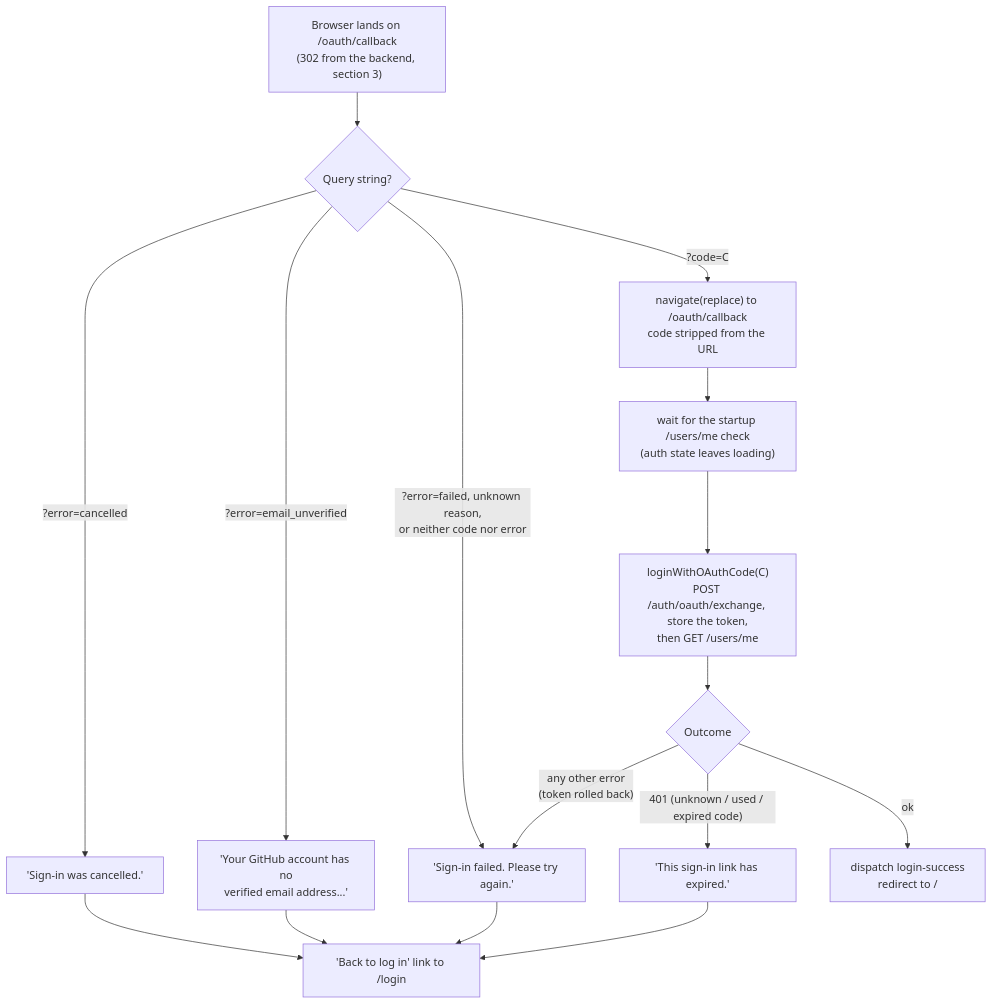
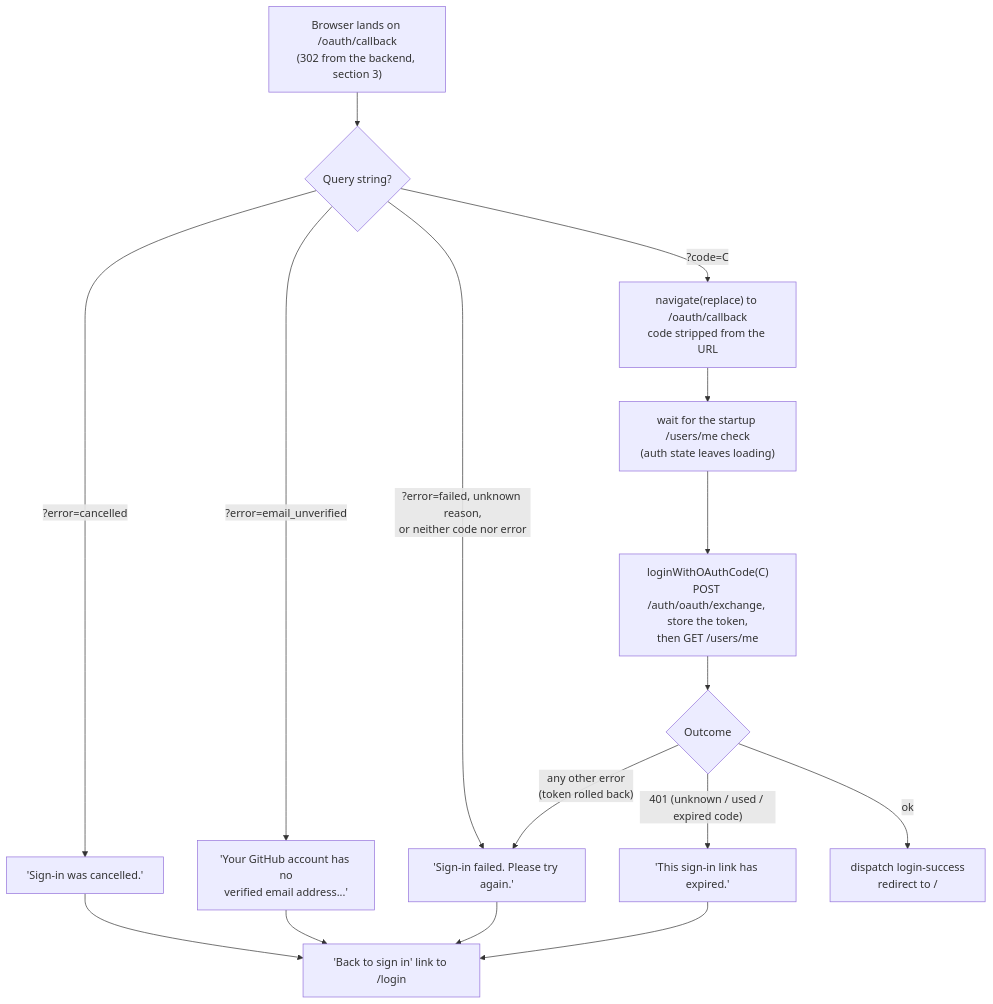
Before and after one commit to kidp8479/42_hypertube: the sixth of 8 diagrams in docs/diagrams/auth.md, drawn with Mermaid. The commit also changed other lines of this file and 12 other files, not shown here.

````diff
--- a/docs/diagrams/auth.md
+++ b/docs/diagrams/auth.md
@@ -151,18 +151,18 @@
 ```mermaid
 flowchart TD
     A["Browser lands on /oauth/callback<br/>(302 from the backend, section 3)"] --> B{"Query string?"}
     B -- "?error=cancelled" --> EC["'Sign-in was cancelled.'"]
     B -- "?error=email_unverified" --> EU["'Your GitHub account has no<br/>verified email address...'"]
     B -- "?error=failed, unknown reason,<br/>or neither code nor error" --> EF["'Sign-in failed. Please try again.'"]
     B -- "?code=C" --> S["navigate(replace) to /oauth/callback<br/>code stripped from the URL"]
     S --> W["wait for the startup /users/me check<br/>(auth state leaves loading)"]
     W --> X["loginWithOAuthCode(C)<br/>POST /auth/oauth/exchange, store the token,<br/>then GET /users/me"]
     X --> R{Outcome}
     R -- "401 (unknown / used / expired code)" --> EX["'This sign-in link has expired.'"]
     R -- "any other error<br/>(token rolled back)" --> EF
     R -- "ok" --> OK["dispatch login-success<br/>redirect to /"]
-    EC --> BACK["'Back to log in' link to /login"]
+    EC --> BACK["'Back to sign in' link to /login"]
     EU --> BACK
     EF --> BACK
     EX --> BACK
 ```
````
